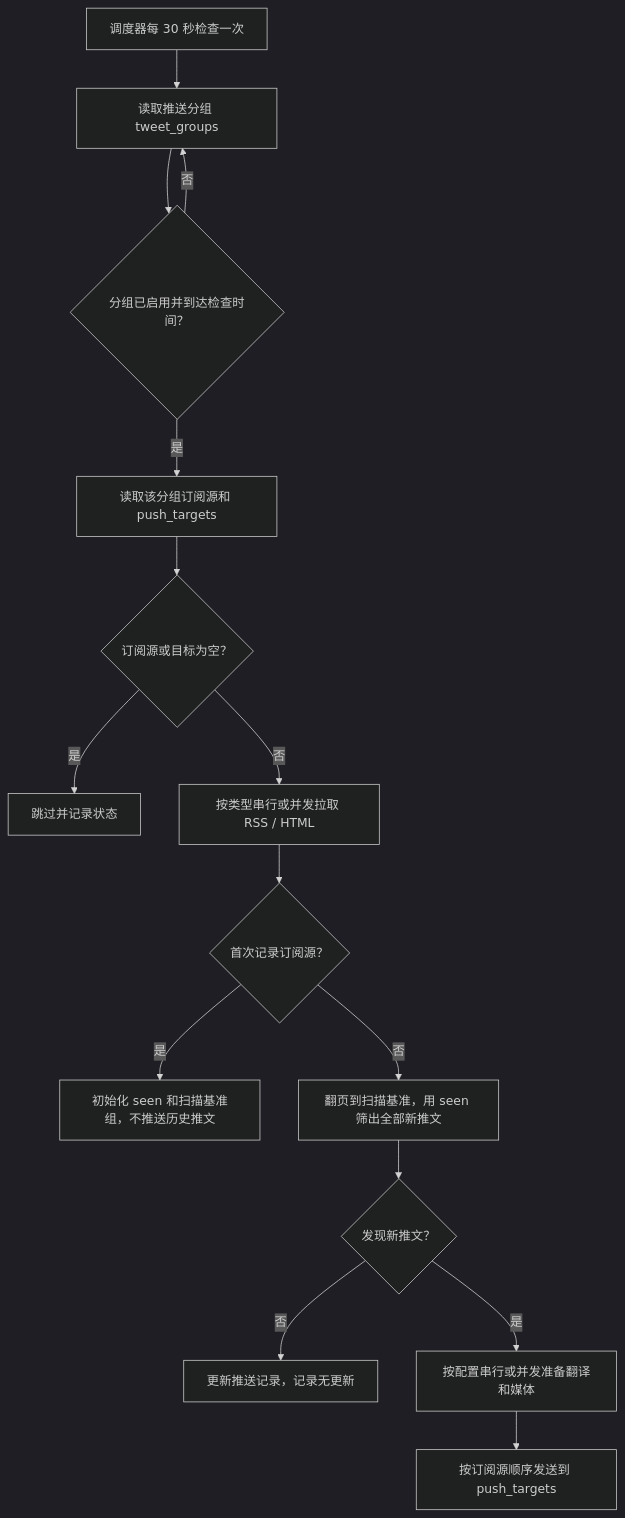
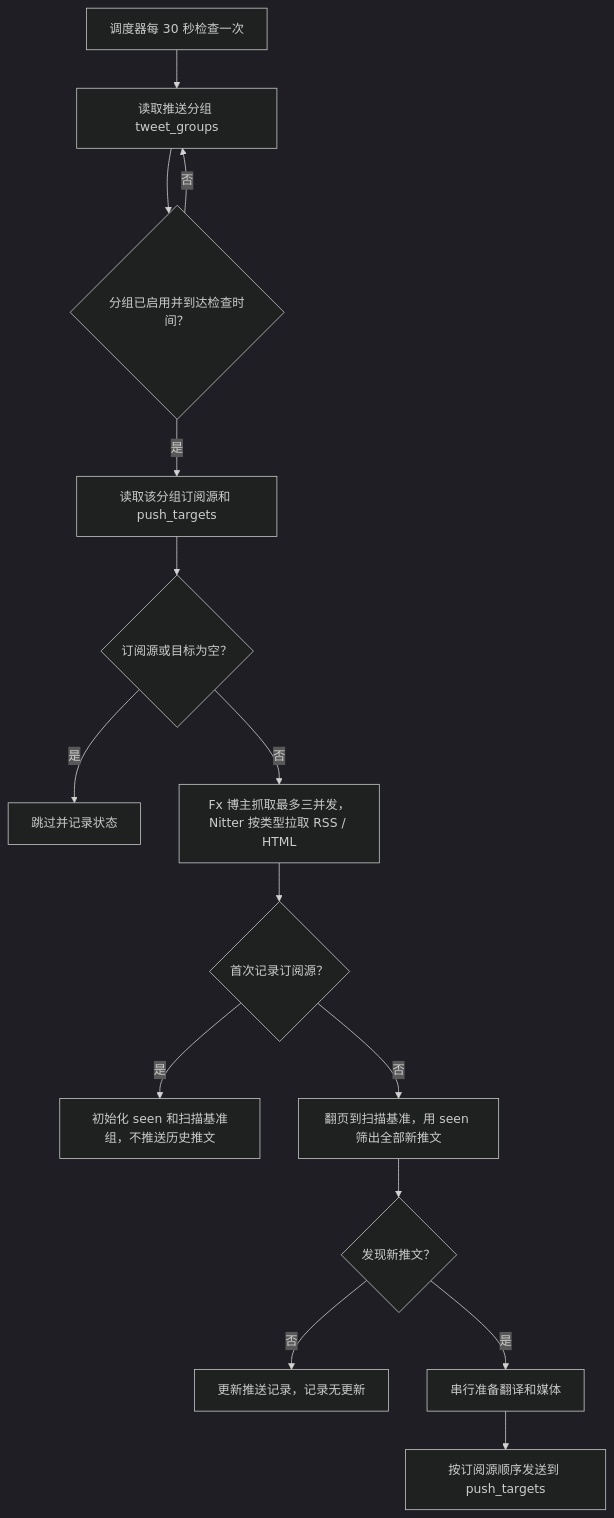
One commit to shitianyaa/astrbot_plugin_nitter_tweets changed the first of 3 diagrams in docs/advanced.md. Above: the diagram before and after it, drawn with Mermaid (dark theme). The commit also changed other lines of this file and 72 other files, not shown here.

````diff
--- a/docs/advanced.md
+++ b/docs/advanced.md
@@ -36,17 +36,17 @@
 ```mermaid
 flowchart TD
     A["调度器每 30 秒检查一次"] --> B["读取推送分组 tweet_groups"]
     B --> C{"分组已启用并到达检查时间？"}
     C -->|否| B
     C -->|是| D["读取该分组订阅源和 push_targets"]
     D --> E{"订阅源或目标为空？"}
     E -->|是| F["跳过并记录状态"]
-    E -->|否| G["按类型串行或并发拉取 RSS / HTML"]
+    E -->|否| G["Fx 博主抓取最多三并发，Nitter 按类型拉取 RSS / HTML"]
     G --> H{"首次记录订阅源？"}
     H -->|是| I["初始化 seen 和扫描基准组，不推送历史推文"]
     H -->|否| J["翻页到扫描基准，用 seen 筛出全部新推文"]
     J --> K{"发现新推文？"}
     K -->|否| L["更新推送记录，记录无更新"]
-    K -->|是| M["按配置串行或并发准备翻译和媒体"]
+    K -->|是| M["串行准备翻译和媒体"]
     M --> O["按订阅源顺序发送到 push_targets"]
 ```
````
